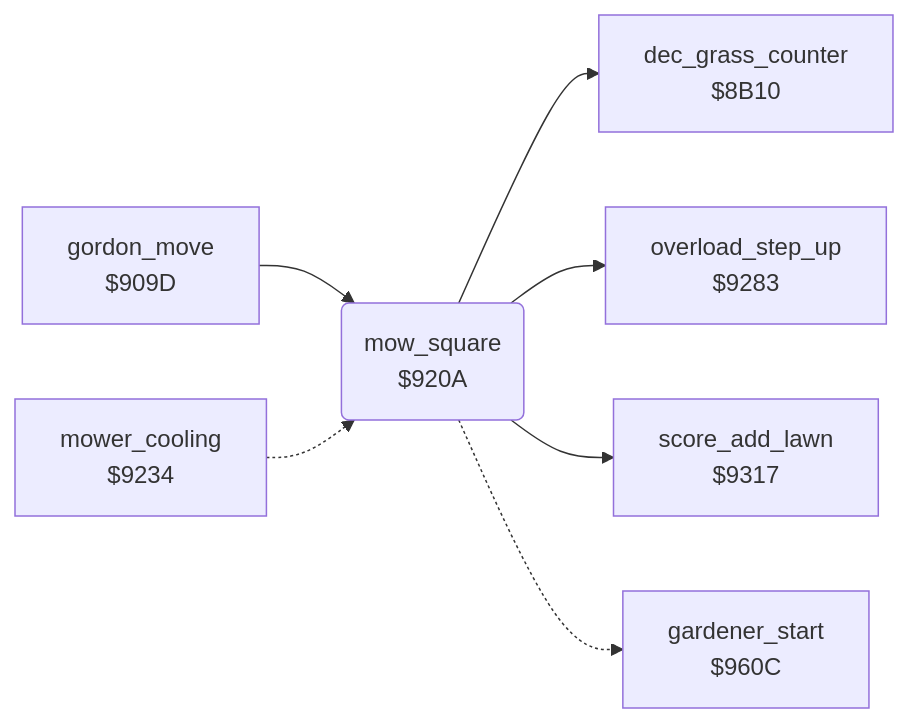
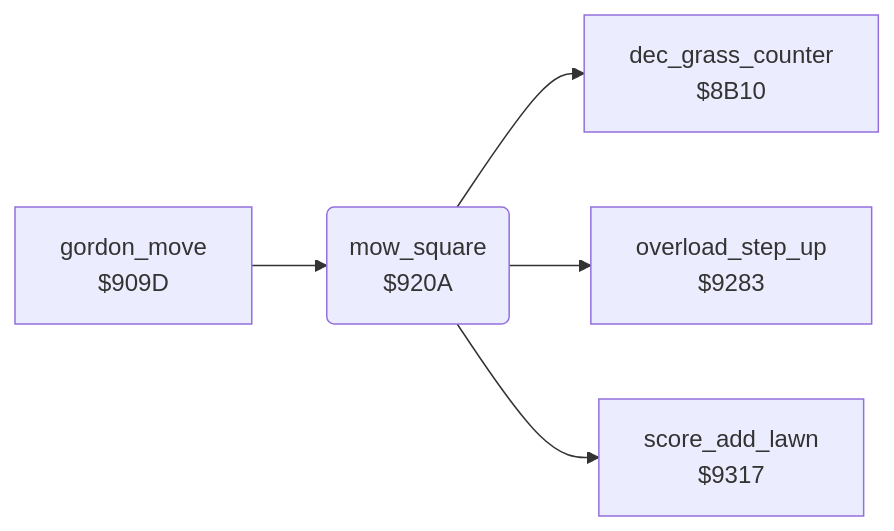
One commit to henols/c64_games changed the diagram in hover_bovver/docs/reference/modules/lawn/mow_square.md. Above: the diagram before and after it, drawn with Mermaid. The commit also changed other lines of this file and 1100 other files, not shown here.

````diff
--- a/hover_bovver/docs/reference/modules/lawn/mow_square.md
+++ b/hover_bovver/docs/reference/modules/lawn/mow_square.md
@@ -10,16 +17,12 @@
 ```mermaid
 flowchart LR
   n8b10["dec_grass_counter<br/>$8B10"]
   n909d["gordon_move<br/>$909D"]
   n920a("mow_square<br/>$920A")
-  n9234["mower_cooling<br/>$9234"]
   n9283["overload_step_up<br/>$9283"]
   n9317["score_add_lawn<br/>$9317"]
-  n960c["gardener_start<br/>$960C"]
   n909d --> n920a
   n920a --> n8b10
   n920a --> n9283
   n920a --> n9317
-  n920a -.-> n960c
-  n9234 -.-> n920a
 ```
````
